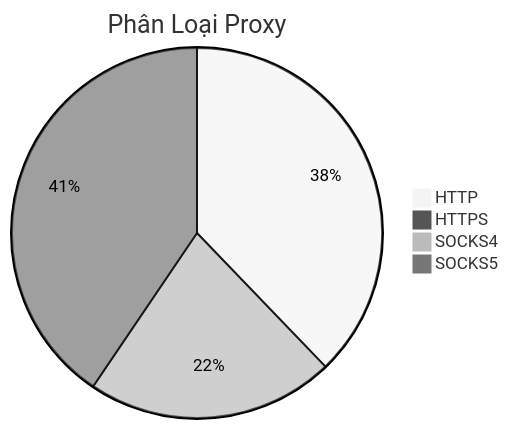
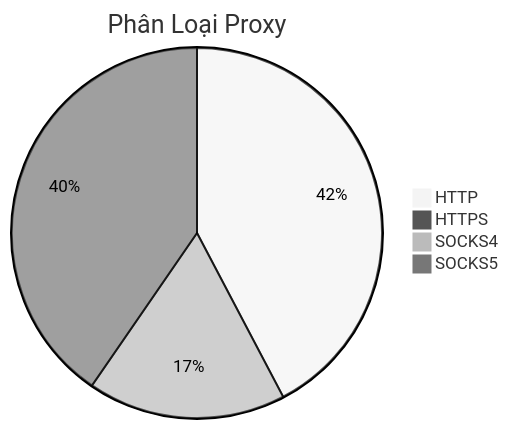
Before and after one commit to Ciara-12/PROXY-free: the diagram in README.md, drawn with Mermaid (neutral theme). The commit also changed other lines of this file and 3 other files, not shown here.

````diff
--- a/README.md
+++ b/README.md
@@ -26,7 +26,7 @@
 ```mermaid
 pie title Phân Loại Proxy
-    "HTTP" : 529
+    "HTTP" : 716
     "HTTPS" : 0
-    "SOCKS4" : 303
-    "SOCKS5" : 567
+    "SOCKS4" : 293
+    "SOCKS5" : 684
 ```
````
